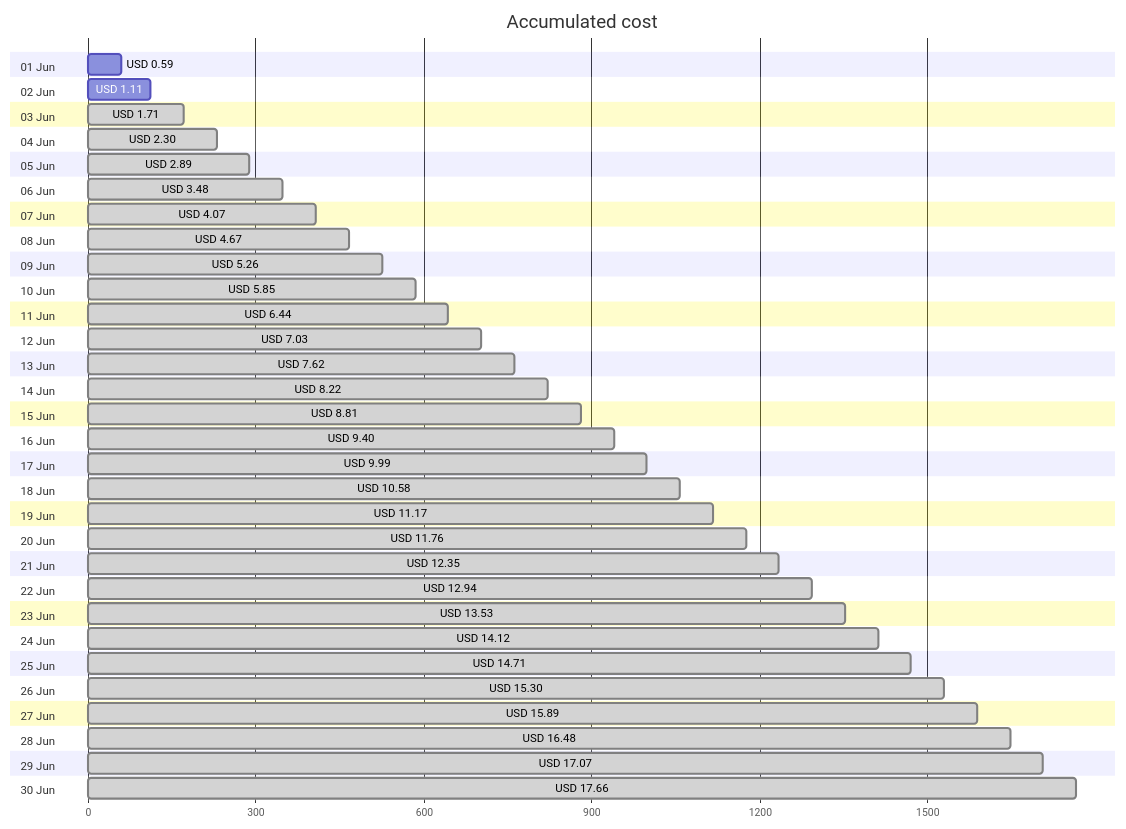
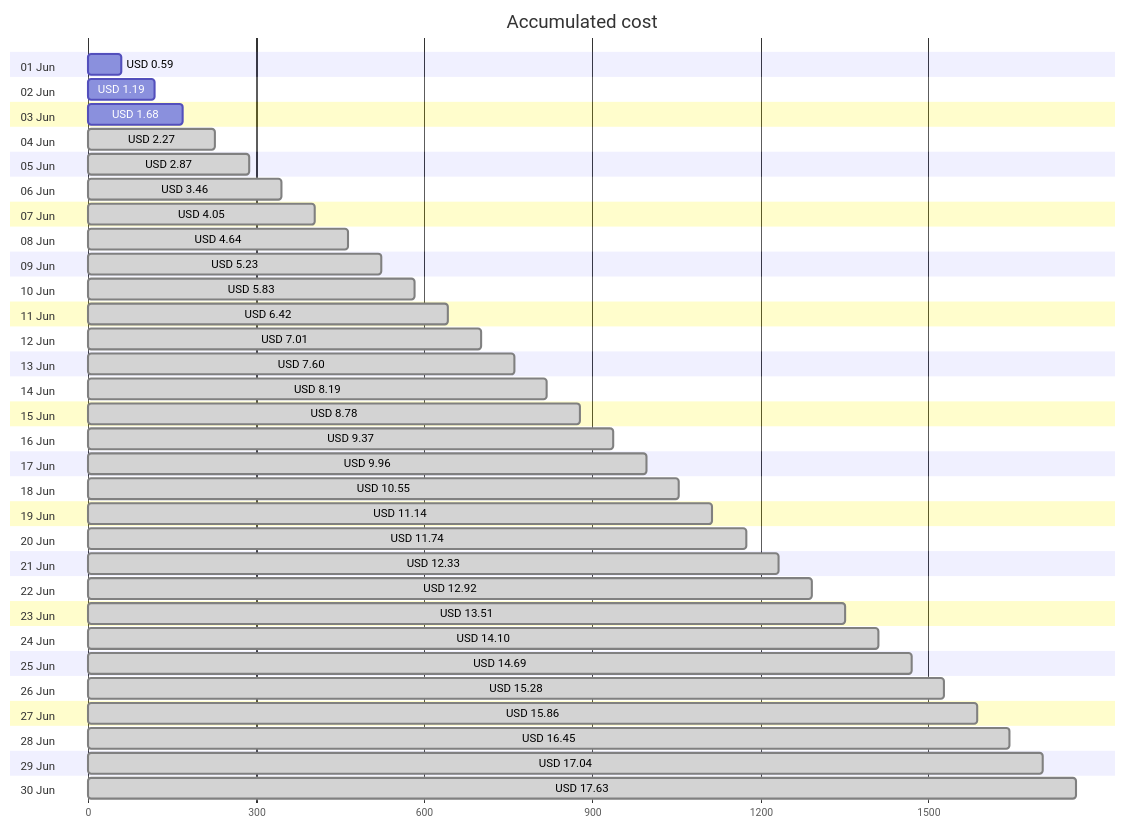
One commit to jpfulton/azure-personal-reports changed the first of 4 diagrams in cost-reports/personal-site/README.md. Above: the diagram before and after it, drawn with Mermaid. The commit also changed other lines of this file and 6 other files, not shown here.

````diff
--- a/cost-reports/personal-site/README.md
+++ b/cost-reports/personal-site/README.md
@@ -20,66 +20,66 @@
 ```mermaid
 gantt
    title Accumulated cost
    dateFormat  X
    axisFormat %s
    section 01 Jun
    USD 0.59 :0, 59
    section 02 Jun
-   USD 1.11 :0, 111
+   USD 1.19 :0, 119
    section 03 Jun
-   USD 1.71 : done, 0, 171
+   USD 1.68 :0, 168
    section 04 Jun
-   USD 2.30 : done, 0, 230
+   USD 2.27 : done, 0, 227
    section 05 Jun
-   USD 2.89 : done, 0, 289
+   USD 2.87 : done, 0, 287
    section 06 Jun
-   USD 3.48 : done, 0, 348
+   USD 3.46 : done, 0, 346
    section 07 Jun
-   USD 4.07 : done, 0, 407
+   USD 4.05 : done, 0, 405
    section 08 Jun
-   USD 4.67 : done, 0, 467
+   USD 4.64 : done, 0, 464
    section 09 Jun
-   USD 5.26 : done, 0, 526
+   USD 5.23 : done, 0, 523
    section 10 Jun
-   USD 5.85 : done, 0, 585
+   USD 5.83 : done, 0, 583
    section 11 Jun
-   USD 6.44 : done, 0, 644
+   USD 6.42 : done, 0, 642
    section 12 Jun
-   USD 7.03 : done, 0, 703
+   USD 7.01 : done, 0, 701
    section 13 Jun
-   USD 7.62 : done, 0, 762
+   USD 7.60 : done, 0, 760
    section 14 Jun
-   USD 8.22 : done, 0, 822
+   USD 8.19 : done, 0, 819
    section 15 Jun
-   USD 8.81 : done, 0, 881
+   USD 8.78 : done, 0, 878
    section 16 Jun
-   USD 9.40 : done, 0, 940
+   USD 9.37 : done, 0, 937
    section 17 Jun
-   USD 9.99 : done, 0, 999
+   USD 9.96 : done, 0, 996
    section 18 Jun
-   USD 10.58 : done, 0, 1058
+   USD 10.55 : done, 0, 1055
    section 19 Jun
-   USD 11.17 : done, 0, 1117
+   USD 11.14 : done, 0, 1114
    section 20 Jun
-   USD 11.76 : done, 0, 1176
+   USD 11.74 : done, 0, 1174
    section 21 Jun
-   USD 12.35 : done, 0, 1235
+   USD 12.33 : done, 0, 1233
    section 22 Jun
-   USD 12.94 : done, 0, 1294
+   USD 12.92 : done, 0, 1292
    section 23 Jun
-   USD 13.53 : done, 0, 1353
+   USD 13.51 : done, 0, 1351
    section 24 Jun
-   USD 14.12 : done, 0, 1412
+   USD 14.10 : done, 0, 1410
    section 25 Jun
-   USD 14.71 : done, 0, 1471
+   USD 14.69 : done, 0, 1469
    section 26 Jun
-   USD 15.30 : done, 0, 1530
+   USD 15.28 : done, 0, 1528
    section 27 Jun
-   USD 15.89 : done, 0, 1589
+   USD 15.86 : done, 0, 1586
    section 28 Jun
-   USD 16.48 : done, 0, 1648
+   USD 16.45 : done, 0, 1645
    section 29 Jun
-   USD 17.07 : done, 0, 1707
+   USD 17.04 : done, 0, 1704
    section 30 Jun
-   USD 17.66 : done, 0, 1766
+   USD 17.63 : done, 0, 1763
 ```
````
